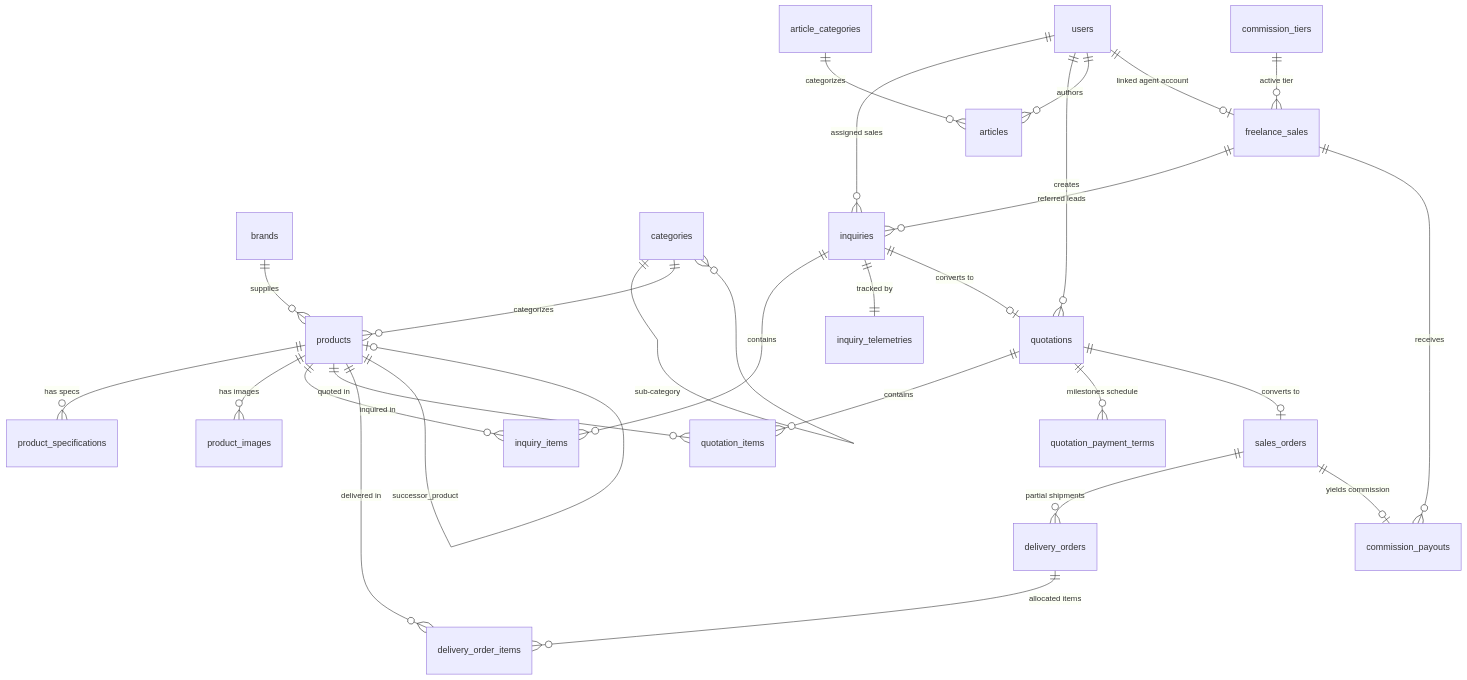
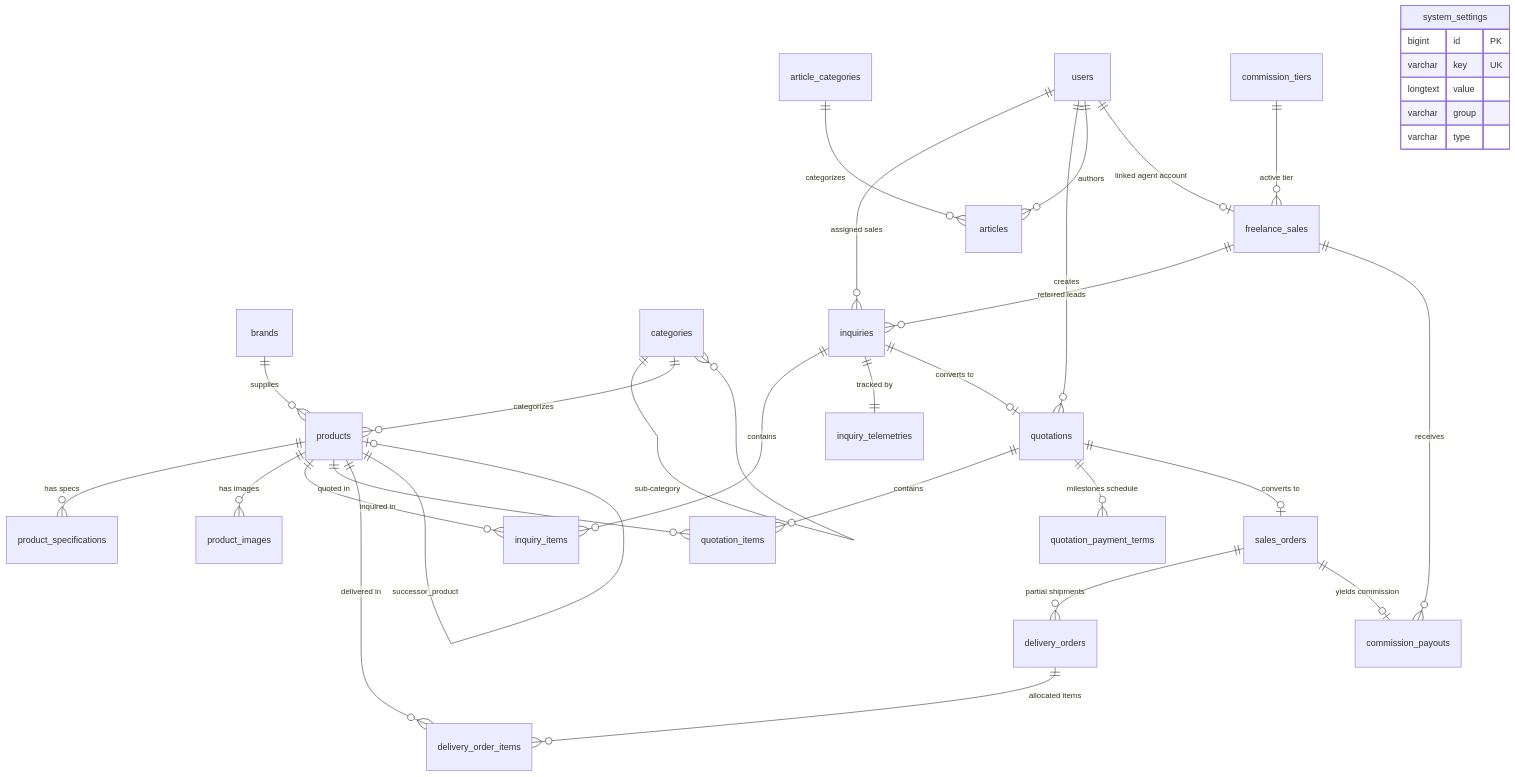
The diagram in docs/02-architecture-and-design/SDD/README.md (Dinoxxc/bimabergawa), drawn with Mermaid before and after one commit. The commit also changed other lines of this file and 5 other files, not shown here.

Commit message:
docs: update SDD, TC-SEC-04, and AGENTS.md to v1.4.0 for dynamic multi-period VAT and system_settings

````diff
--- a/docs/02-architecture-and-design/SDD/README.md
+++ b/docs/02-architecture-and-design/SDD/README.md
@@ -51,36 +52,44 @@
 ```mermaid
 erDiagram
     brands ||--o{ products : "supplies"
     categories ||--o{ categories : "sub-category"
     categories ||--o{ products : "categorizes"
     
     products ||--o{ product_specifications : "has specs"
     products ||--o{ product_images : "has images"
     products ||--o{ inquiry_items : "inquired in"
     products ||--o{ quotation_items : "quoted in"
     products ||--o{ delivery_order_items : "delivered in"
     products ||--o| products : "successor_product"
     
     users ||--o{ inquiries : "assigned sales"
     users ||--o{ quotations : "creates"
     users ||--o{ articles : "authors"
     users ||--o| freelance_sales : "linked agent account"
 
     commission_tiers ||--o{ freelance_sales : "active tier"
     freelance_sales ||--o{ inquiries : "referred leads"
     freelance_sales ||--o{ commission_payouts : "receives"
     
     inquiries ||--o{ inquiry_items : "contains"
     inquiries ||--|| inquiry_telemetries : "tracked by"
     inquiries ||--o| quotations : "converts to"
     
     quotations ||--o{ quotation_items : "contains"
     quotations ||--o{ quotation_payment_terms : "milestones schedule"
     quotations ||--o| sales_orders : "converts to"
     
     sales_orders ||--o{ delivery_orders : "partial shipments"
     delivery_orders ||--o{ delivery_order_items : "allocated items"
     sales_orders ||--o| commission_payouts : "yields commission"
 
     article_categories ||--o{ articles : "categorizes"
+
+    system_settings {
+        bigint id PK
+        varchar key UK
+        longtext value
+        varchar group
+        varchar type
+    }
 ```
````
